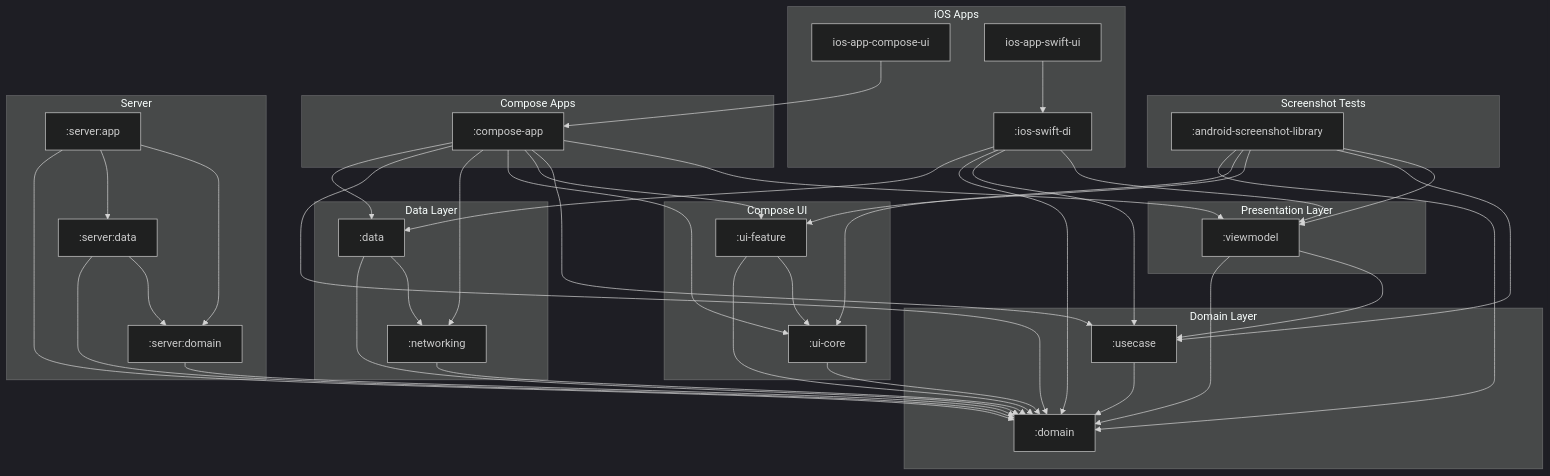
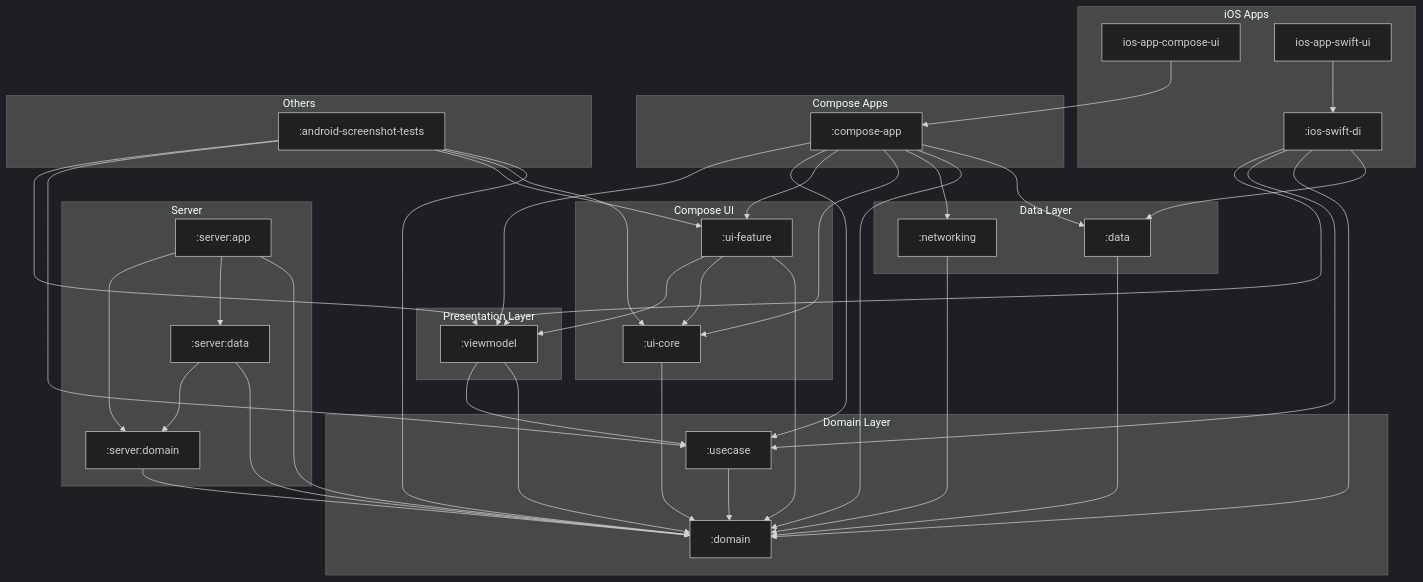
One commit to cartland/battery-butler changed the diagram in docs/diagrams/full_system_structure.mmd. Above: the diagram before and after it, drawn with Mermaid (dark theme). The commit also changed 5 other files, not shown here.

Commit message:
Optimize diagram updates: rely on Gradle cache

```diff
--- a/docs/diagrams/full_system_structure.mmd
+++ b/docs/diagrams/full_system_structure.mmd
@@ -1,87 +1,87 @@
 graph TD
-    subgraph "Screenshot Tests"
-        AndroidScreenshotLibrary[":android-screenshot-library"]
-    end
-
     subgraph "iOS Apps"
         IosSwiftDi[":ios-swift-di"]
         IosAppComposeUi["ios-app-compose-ui"]
         IosAppSwiftUi["ios-app-swift-ui"]
     end
 
     subgraph "Compose Apps"
         ComposeApp[":compose-app"]
     end
 
     subgraph "Server"
         ServerApp[":server:app"]
         ServerData[":server:data"]
         ServerDomain[":server:domain"]
     end
 
     subgraph "Compose UI"
         UiCore[":ui-core"]
         UiFeature[":ui-feature"]
     end
 
     subgraph "Presentation Layer"
         Viewmodel[":viewmodel"]
     end
 
     subgraph "Domain Layer"
         Domain[":domain"]
         Usecase[":usecase"]
     end
 
     subgraph "Data Layer"
         Data[":data"]
         Networking[":networking"]
     end
 
+    subgraph "Others"
+        AndroidScreenshotTests[":android-screenshot-tests"]
+    end
+
     %% Dependencies
-    AndroidScreenshotLibrary --> Domain
-    AndroidScreenshotLibrary --> UiCore
-    AndroidScreenshotLibrary --> UiFeature
-    AndroidScreenshotLibrary --> Usecase
-    AndroidScreenshotLibrary --> Viewmodel
+    AndroidScreenshotTests --> Domain
+    AndroidScreenshotTests --> UiCore
+    AndroidScreenshotTests --> UiFeature
+    AndroidScreenshotTests --> Usecase
+    AndroidScreenshotTests --> Viewmodel
 
     ComposeApp --> Data
     ComposeApp --> Domain
     ComposeApp --> Networking
     ComposeApp --> UiCore
     ComposeApp --> UiFeature
     ComposeApp --> Usecase
     ComposeApp --> Viewmodel
 
     Data --> Domain
-    Data --> Networking
 
     IosSwiftDi --> Data
     IosSwiftDi --> Domain
     IosSwiftDi --> Usecase
     IosSwiftDi --> Viewmodel
 
     Networking --> Domain
 
     ServerApp --> Domain
     ServerApp --> ServerData
     ServerApp --> ServerDomain
 
     ServerData --> Domain
     ServerData --> ServerDomain
 
     ServerDomain --> Domain
 
     UiCore --> Domain
 
     UiFeature --> Domain
     UiFeature --> UiCore
+    UiFeature --> Viewmodel
 
     Usecase --> Domain
 
     Viewmodel --> Domain
     Viewmodel --> Usecase
 
     IosAppComposeUi --> ComposeApp
 
     IosAppSwiftUi --> IosSwiftDi
```
